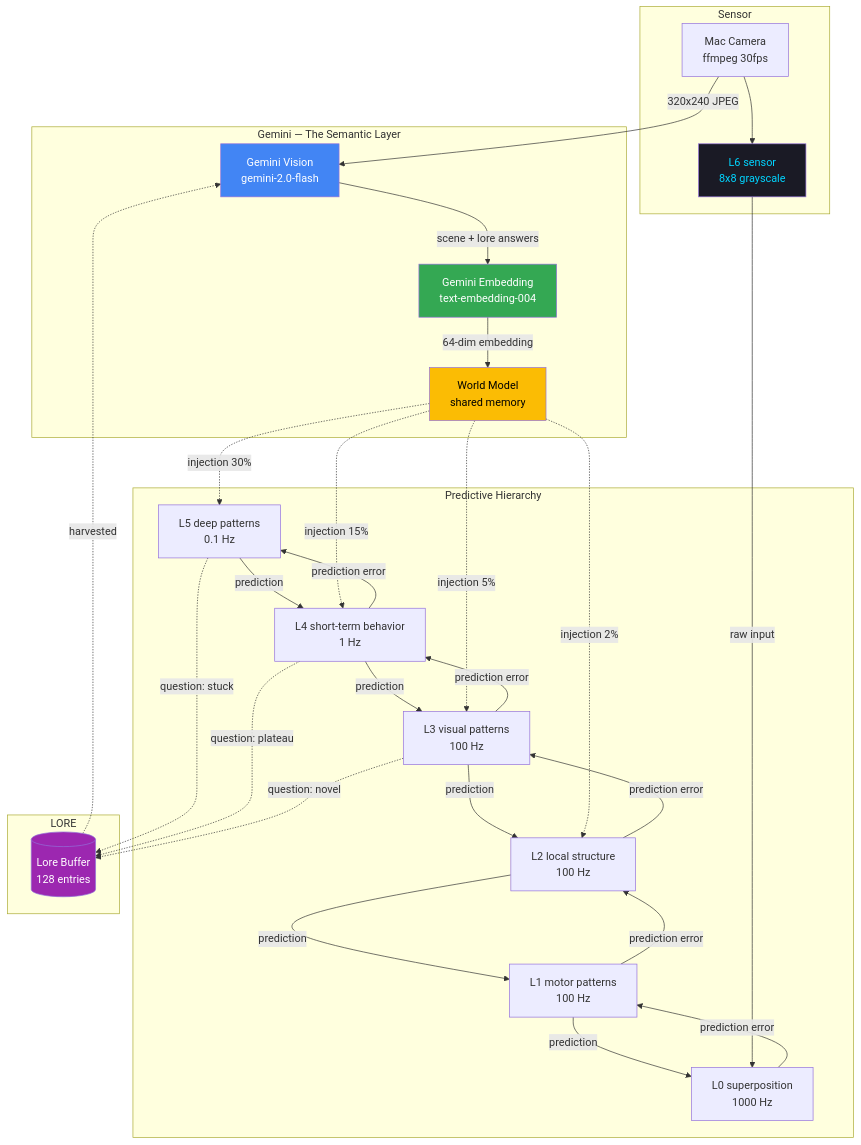
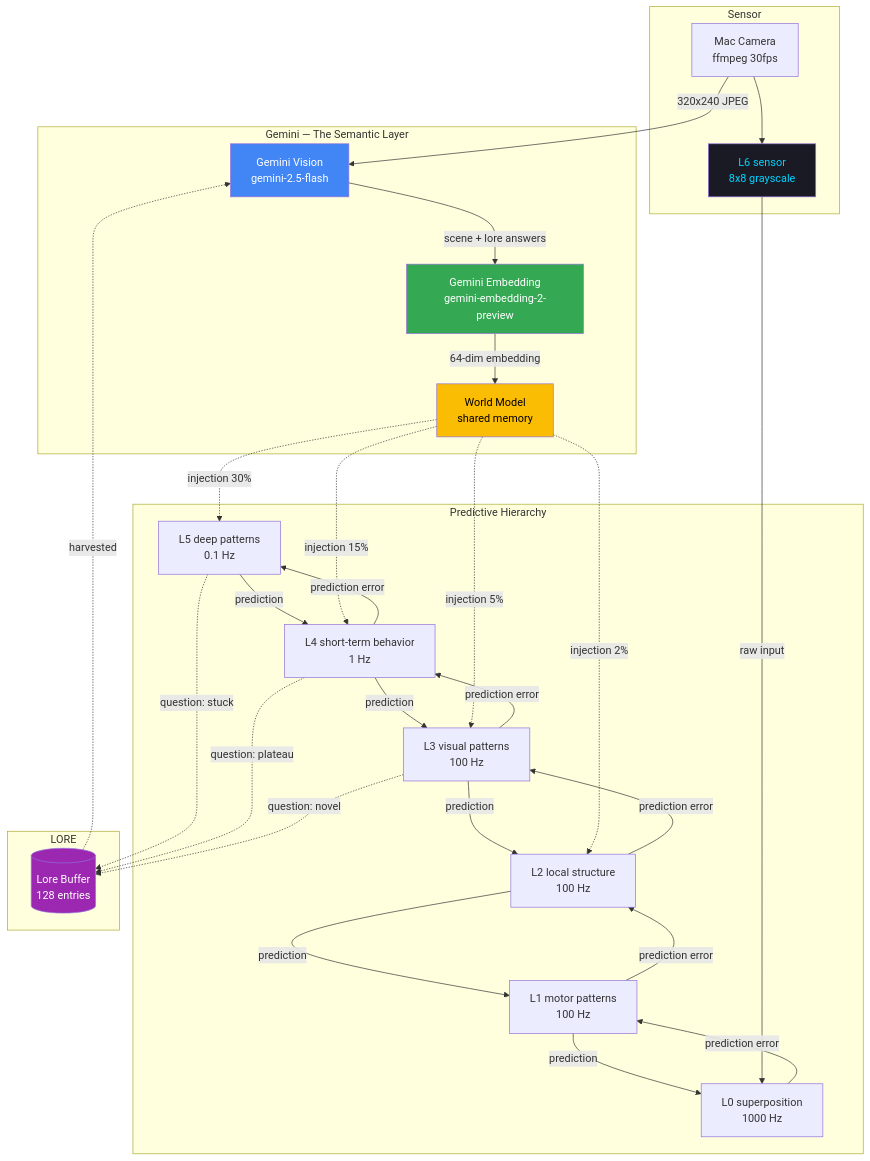
Before and after one commit to 0xSoftBoi/sensorforge: the first of 6 diagrams in qualia/README.md, drawn with Mermaid. The commit also changed other lines of this file and 5 other files, not shown here.

````diff
--- a/qualia/README.md
+++ b/qualia/README.md
@@ -54,48 +54,48 @@
 ```mermaid
 graph TB
     subgraph "Gemini — The Semantic Layer"
-        GV[Gemini Vision<br/>gemini-2.0-flash]
-        GE[Gemini Embedding<br/>text-embedding-004]
+        GV[Gemini Vision<br/>gemini-2.5-flash]
+        GE[Gemini Embedding<br/>gemini-embedding-2-preview]
         GV -->|scene + lore answers| GE
         GE -->|64-dim embedding| WM[World Model<br/>shared memory]
     end
 
     subgraph "Predictive Hierarchy"
         L5[L5 deep patterns<br/>0.1 Hz] -->|prediction| L4
         L4[L4 short-term behavior<br/>1 Hz] -->|prediction| L3
         L3[L3 visual patterns<br/>100 Hz] -->|prediction| L2
         L2[L2 local structure<br/>100 Hz] -->|prediction| L1
         L1[L1 motor patterns<br/>100 Hz] -->|prediction| L0
         L0[L0 superposition<br/>1000 Hz] -->|prediction error| L1
         L1 -->|prediction error| L2
         L2 -->|prediction error| L3
         L3 -->|prediction error| L4
         L4 -->|prediction error| L5
     end
 
     subgraph "Sensor"
         CAM[Mac Camera<br/>ffmpeg 30fps] --> L6[L6 sensor<br/>8x8 grayscale]
         L6 -->|raw input| L0
     end
 
     subgraph "LORE"
         LB[(Lore Buffer<br/>128 entries)]
         L5 -.->|question: stuck| LB
         L4 -.->|question: plateau| LB
         L3 -.->|question: novel| LB
         LB -.->|harvested| GV
     end
 
     WM -.->|injection 30%| L5
     WM -.->|injection 15%| L4
     WM -.->|injection 5%| L3
     WM -.->|injection 2%| L2
 
     CAM -->|320x240 JPEG| GV
 
     style GV fill:#4285f4,color:#fff
     style GE fill:#34a853,color:#fff
     style WM fill:#fbbc04,color:#000
     style LB fill:#9c27b0,color:#fff
     style L6 fill:#1a1a25,color:#00d4ff
 ```
````
